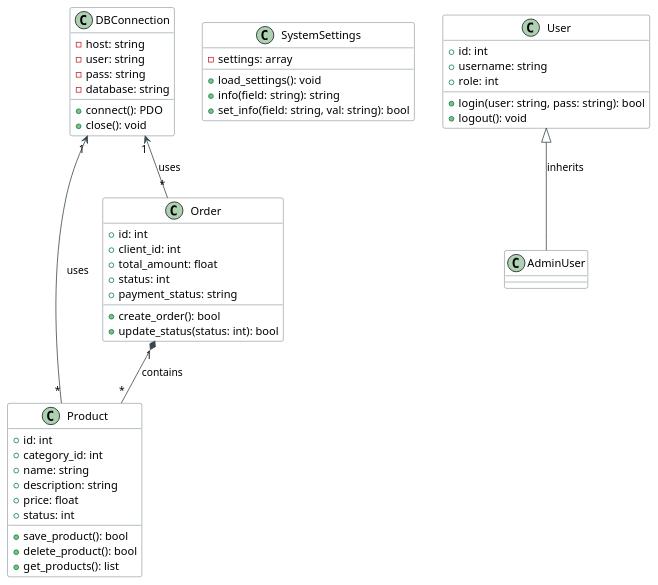
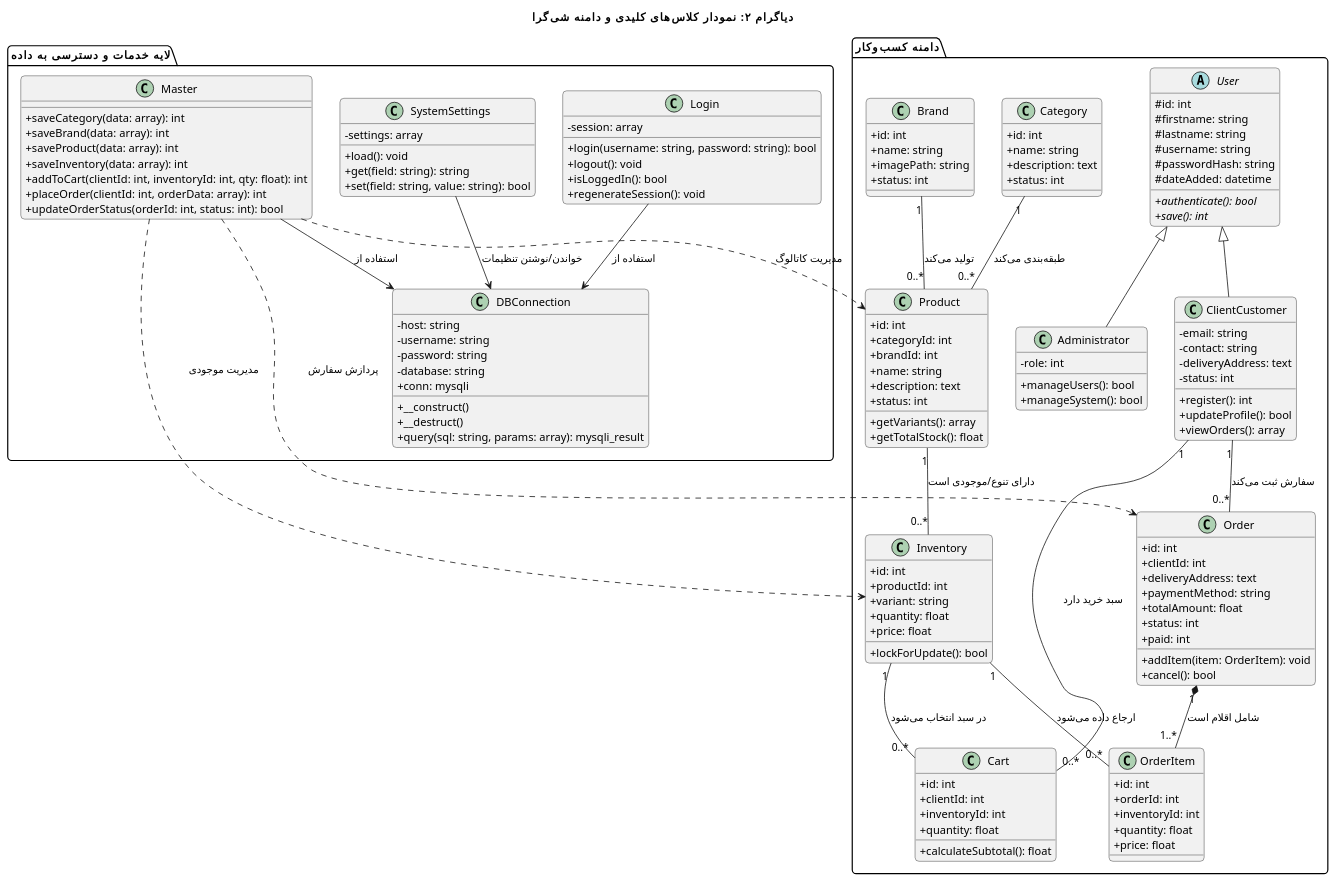
One commit to Silent-Galaxy/cbpos changed the second of 10 diagrams in readme.md. Above: the diagram before and after it, drawn with PlantUML. The commit also changed other lines of this file, not shown here.

````diff
--- a/readme.md
+++ b/readme.md
@@ -145,60 +488,158 @@
 ```plantuml
 @startuml
-skinparam class {
-    BackgroundColor #FFFFFF
-    ArrowColor #37474F
-    BorderColor #455A64
+title دیاگرام ۲: نمودار کلاس‌های کلیدی و دامنه شی‌گرا
+skinparam roundcorner 10
+skinparam shadowing false
+skinparam classAttributeIconSize 0
+skinparam defaultFontName "Arial"
+
+package "لایه خدمات و دسترسی به داده" {
+  class DBConnection {
+    - host: string
+    - username: string
+    - password: string
+    - database: string
+    + conn: mysqli
+    + __construct()
+    + __destruct()
+    + query(sql: string, params: array): mysqli_result
+  }
+
+  class Login {
+    - session: array
+    + login(username: string, password: string): bool
+    + logout(): void
+    + isLoggedIn(): bool
+    + regenerateSession(): void
+  }
+
+  class Master {
+    + saveCategory(data: array): int
+    + saveBrand(data: array): int
+    + saveProduct(data: array): int
+    + saveInventory(data: array): int
+    + addToCart(clientId: int, inventoryId: int, qty: float): int
+    + placeOrder(clientId: int, orderData: array): int
+    + updateOrderStatus(orderId: int, status: int): bool
+  }
+
+  class SystemSettings {
+    - settings: array
+    + load(): void
+    + get(field: string): string
+    + set(field: string, value: string): bool
+  }
 }
 
-class DBConnection {
-    - host: string
-    - user: string
-    - pass: string
-    - database: string
-    + connect(): PDO
-    + close(): void
+package "دامنه کسب‌وکار" {
+  abstract class User {
+    # id: int
+    # firstname: string
+    # lastname: string
+    # username: string
+    # passwordHash: string
+    # dateAdded: datetime
+    + {abstract} authenticate(): bool
+    + {abstract} save(): int
+  }
+
+  class Administrator {
+    - role: int
+    + manageUsers(): bool
+    + manageSystem(): bool
+  }
+
+  class ClientCustomer {
+    - email: string
+    - contact: string
+    - deliveryAddress: text
+    - status: int
+    + register(): int
+    + updateProfile(): bool
+    + viewOrders(): array
+  }
+
+  class Category {
+    + id: int
+    + name: string
+    + description: text
+    + status: int
+  }
+
+  class Brand {
+    + id: int
+    + name: string
+    + imagePath: string
+    + status: int
+  }
+
+  class Product {
+    + id: int
+    + categoryId: int
+    + brandId: int
+    + name: string
+    + description: text
+    + status: int
+    + getVariants(): array
+    + getTotalStock(): float
+  }
+
+  class Inventory {
+    + id: int
+    + productId: int
+    + variant: string
+    + quantity: float
+    + price: float
+    + lockForUpdate(): bool
+  }
+
+  class Cart {
+    + id: int
+    + clientId: int
+    + inventoryId: int
+    + quantity: float
+    + calculateSubtotal(): float
+  }
+
+  class Order {
+    + id: int
+    + clientId: int
+    + deliveryAddress: text
+    + paymentMethod: string
+    + totalAmount: float
+    + status: int
+    + paid: int
+    + addItem(item: OrderItem): void
+    + cancel(): bool
+  }
+
+  class OrderItem {
+    + id: int
+    + orderId: int
+    + inventoryId: int
+    + quantity: float
+    + price: float
+  }
 }
 
-class SystemSettings {
-    - settings: array
-    + load_settings(): void
-    + info(field: string): string
-    + set_info(field: string, val: string): bool
-}
+User <|-- Administrator
+User <|-- ClientCustomer
 
-class Product {
-    + id: int
-    + category_id: int
-    + name: string
-    + description: string
-    + price: float
-    + status: int
-    + save_product(): bool
-    + delete_product(): bool
-    + get_products(): list
-}
+Login --> DBConnection : استفاده از
+Master --> DBConnection : استفاده از
+SystemSettings --> DBConnection : خواندن/نوشتن تنظیمات
 
-class Order {
-    + id: int
-    + client_id: int
-    + total_amount: float
-    + status: int
-    + payment_status: string
-    + create_order(): bool
-    + update_status(status: int): bool
-}
+Category "1" -- "0..*" Product : طبقه‌بندی می‌کند
+Brand "1" -- "0..*" Product : تولید می‌کند
+Product "1" -- "0..*" Inventory : دارای تنوع/موجودی است
+ClientCustomer "1" -- "0..*" Cart : سبد خرید دارد
+Inventory "1" -- "0..*" Cart : در سبد انتخاب می‌شود
+ClientCustomer "1" -- "0..*" Order : سفارش ثبت می‌کند
+Order "1" *-- "1..*" OrderItem : شامل اقلام است
+Inventory "1" -- "0..*" OrderItem : ارجاع داده می‌شود
 
-class User {
-    + id: int
-    + username: string
-    + role: int
-    + login(user: string, pass: string): bool
-    + logout(): void
-}
-
-DBConnection "1" <-- "*" Product : uses
-DBConnection "1" <-- "*" Order : uses
-User <|-- AdminUser : inherits
-Order "1" *-- "*" Product : contains
+Master ..> Product : مدیریت کاتالوگ
+Master ..> Inventory : مدیریت موجودی
+Master ..> Order : پردازش سفارش
 @enduml
 ```
````
